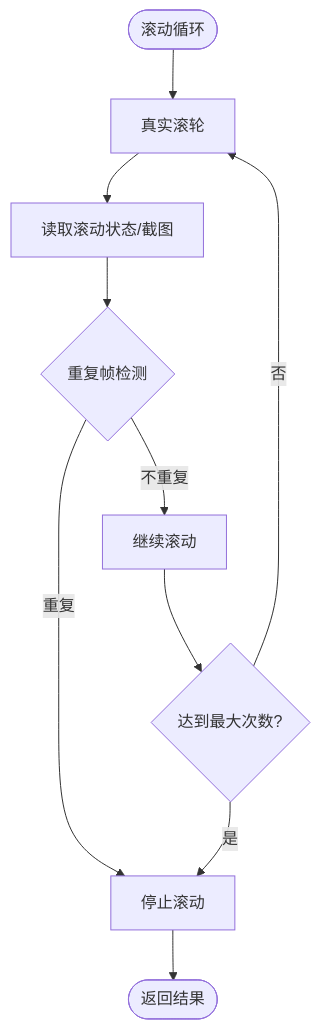
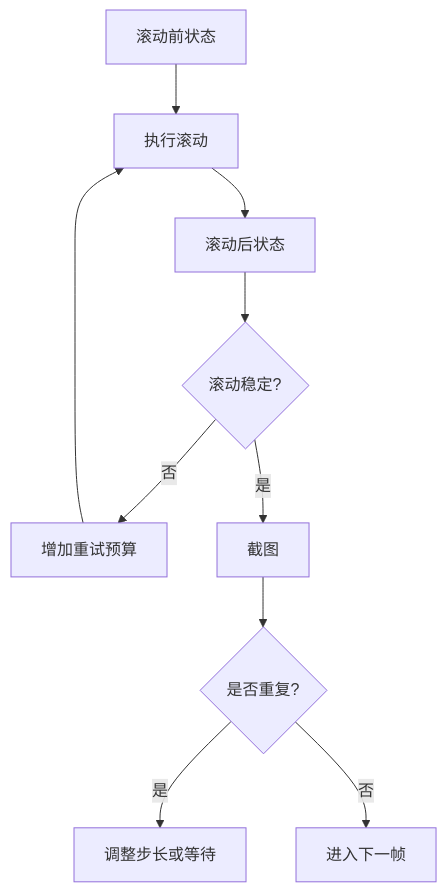
Before and after one commit to alvinwangzi/goodhr: the seventh of 8 diagrams in .qoder/repowiki/zh/content/本地执行器/浏览器自动化/浏览器控制器/截图与滚动控制.md, drawn with Mermaid. The commit also changed other lines of this file and 149 other files, not shown here.

````diff
--- a/.qoder/repowiki/zh/content/本地执行器/浏览器自动化/浏览器控制器/截图与滚动控制.md
+++ b/.qoder/repowiki/zh/content/本地执行器/浏览器自动化/浏览器控制器/截图与滚动控制.md
@@ -230,12 +264,12 @@
 ```mermaid
 flowchart TD
-RStart(["滚动循环"]) --> Wheel["真实滚轮"]
-Wheel --> State["读取滚动状态/截图"]
-State --> Dup{"重复帧检测"}
-Dup -- 重复 --> Stop["停止滚动"]
-Dup -- 不重复 --> Next["继续滚动"]
-Next --> Max{"达到最大次数?"}
-Max -- 是 --> Stop
-Max -- 否 --> Wheel
-Stop --> REnd(["返回结果"])
+Before["滚动前状态"] --> Wheel["执行滚动"]
+Wheel --> After["滚动后状态"]
+After --> Stable{"滚动稳定?"}
+Stable --> |否| Retry["增加重试预算"]
+Retry --> Wheel
+Stable --> |是| Capture["截图"]
+Capture --> Duplicate{"是否重复?"}
+Duplicate --> |是| Adjust["调整步长或等待"]
+Duplicate --> |否| Next["进入下一帧"]
 ```
````
